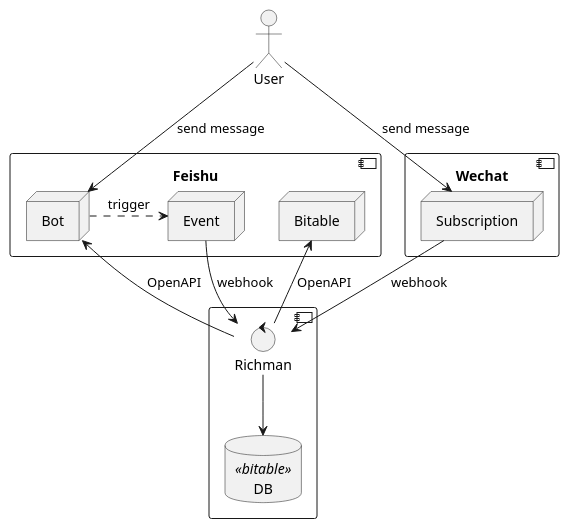
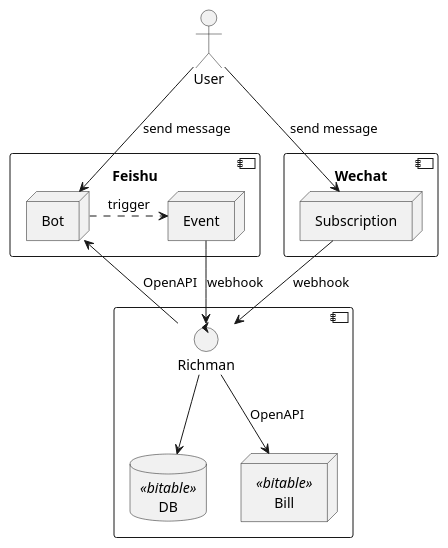
Before and after one commit to wangyuheng/richman: the diagram in .design/architecture.puml, drawn with PlantUML.

```diff
--- a/.design/architecture.puml
+++ b/.design/architecture.puml
@@ -1,32 +1,31 @@
 @startuml
 
 component {
     control Richman
     Database DB <<bitable>>
-
+    node Bill <<bitable>>
     Richman -down-> DB
 }
 component Wechat {
     node Subscription
 }
 component Feishu {
     node Bot
-    node Bitable
     node Event
 
     Bot .right.> Event:trigger
 
 
 }
 Event -up-> Richman:webhook
-Richman -up-> Bitable:OpenAPI
+Richman -down-> Bill:OpenAPI
 Richman -up-> Bot:OpenAPI
 
 actor User
 
 User -down-> Bot:send message
 User -down-> Subscription:send message
 
 Subscription -down-> Richman:webhook
 
 @enduml
```
